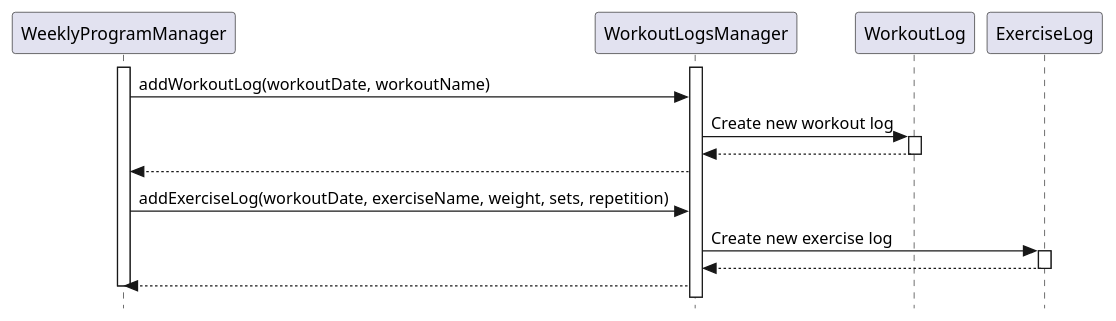
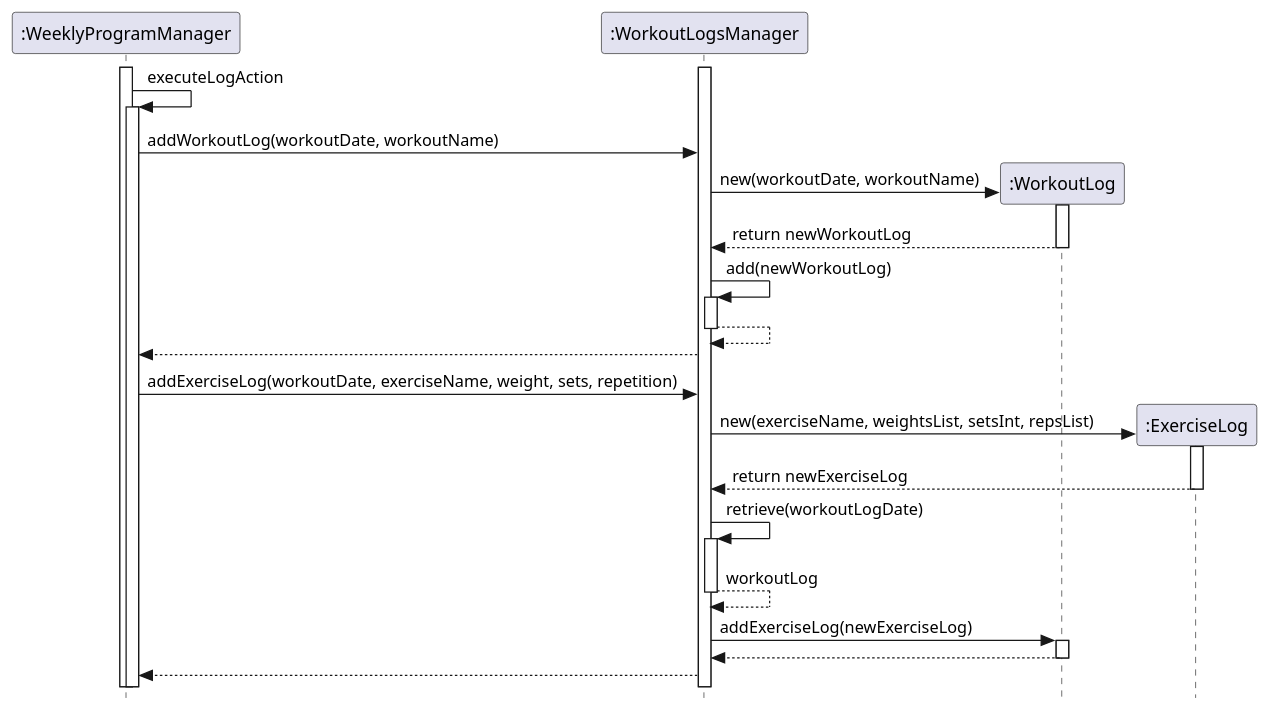
Before and after one commit to joshualeejunyi/tp: the diagram in docs/plantuml/WorkoutLog.puml, drawn with PlantUML. The commit also changed 2 other files, not shown here.

Commit message:
Add logging of workout elaboration in DG

```diff
--- a/docs/plantuml/WorkoutLog.puml
+++ b/docs/plantuml/WorkoutLog.puml
@@ -1,26 +1,38 @@
-@startuml
+@startuml SequenceDiagram
 skinparam classAttributeIconSize 0
 skinparam style strictuml
 
-participant WeeklyProgramManager
-participant WorkoutLogsManager
-participant WorkoutLog
-participant ExerciseLog
+participant ":WeeklyProgramManager"
 
-activate WeeklyProgramManager
-activate WorkoutLogsManager
+activate ":WorkoutLogsManager"
+activate ":WeeklyProgramManager"
+    ":WeeklyProgramManager" -> ":WeeklyProgramManager" : executeLogAction
+    activate ":WeeklyProgramManager"
+    ":WeeklyProgramManager" -> ":WorkoutLogsManager" : addWorkoutLog(workoutDate, workoutName)
+    create ":WorkoutLog" as WorkoutLog
+    ":WorkoutLogsManager" -> WorkoutLog : new(workoutDate, workoutName)
+    activate WorkoutLog
+    WorkoutLog --> ":WorkoutLogsManager" : return newWorkoutLog
+    deactivate WorkoutLog
+    ":WorkoutLogsManager" -> ":WorkoutLogsManager" : add(newWorkoutLog)
+    activate ":WorkoutLogsManager"
+    ":WorkoutLogsManager" --> ":WorkoutLogsManager"
+    deactivate ":WorkoutLogsManager"
+    ":WorkoutLogsManager" --> ":WeeklyProgramManager"
+    ":WeeklyProgramManager" -> ":WorkoutLogsManager" : addExerciseLog(workoutDate, exerciseName, weight, sets, repetition)
+    create ":ExerciseLog" as ExerciseLog
+    ":WorkoutLogsManager" -> ExerciseLog : new(exerciseName, weightsList, setsInt, repsList)
+    activate ExerciseLog
+    ExerciseLog --> ":WorkoutLogsManager" : return newExerciseLog
+    deactivate ExerciseLog
+    ":WorkoutLogsManager" -> ":WorkoutLogsManager" : retrieve(workoutLogDate)
+    activate ":WorkoutLogsManager"
+    ":WorkoutLogsManager" --> ":WorkoutLogsManager": workoutLog
+    deactivate ":WorkoutLogsManager"
+    ":WorkoutLogsManager" -> WorkoutLog : addExerciseLog(newExerciseLog)
+    activate WorkoutLog
+    WorkoutLog --> ":WorkoutLogsManager"
+    deactivate WorkoutLog
+    ":WorkoutLogsManager" --> ":WeeklyProgramManager"
 
-WeeklyProgramManager -> WorkoutLogsManager:addWorkoutLog(workoutDate, workoutName)
-WorkoutLogsManager -> WorkoutLog: Create new workout log
-activate WorkoutLog
-return
-WorkoutLogsManager --> WeeklyProgramManager
-
-WeeklyProgramManager -> WorkoutLogsManager:addExerciseLog(workoutDate, exerciseName, weight, sets, repetition)
-WorkoutLogsManager -> ExerciseLog: Create new exercise log
-activate ExerciseLog
-return
-
-WorkoutLogsManager --> WeeklyProgramManager
-deactivate WeeklyProgramManager
 @enduml
```
